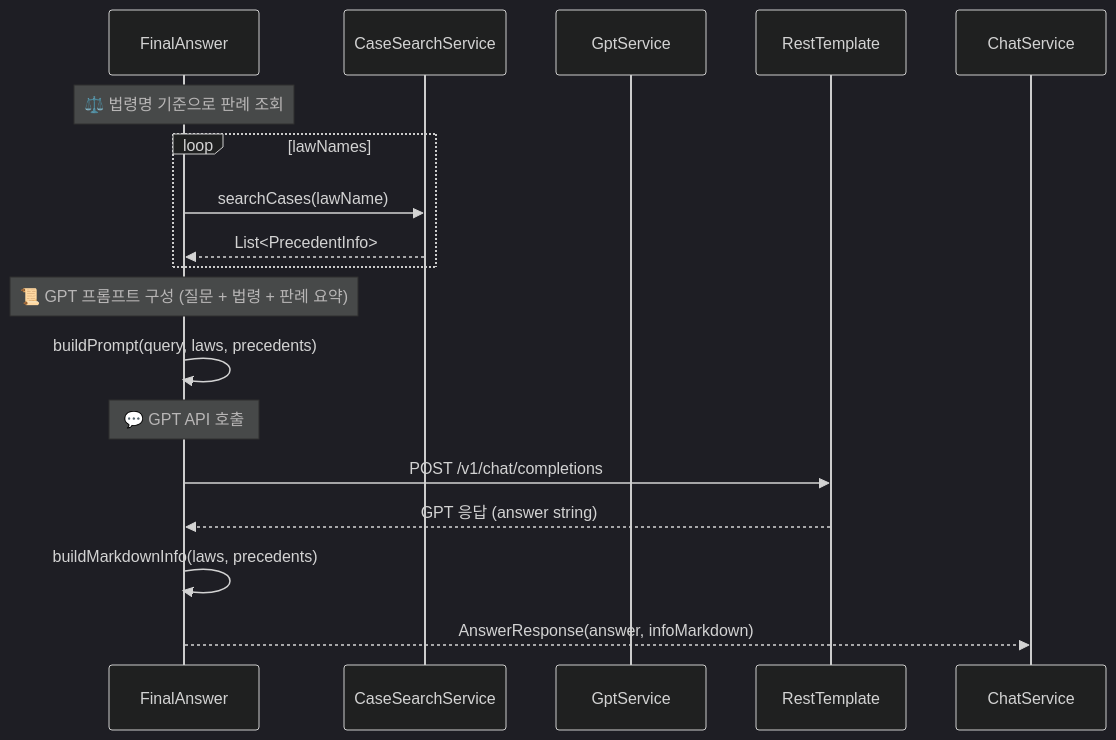
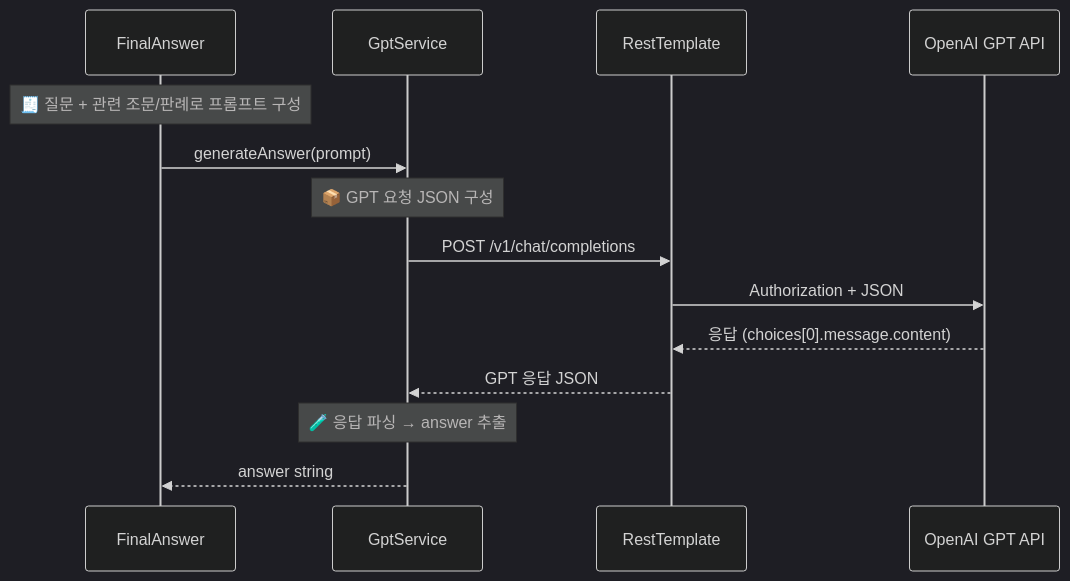
One commit to ranpia/MoleLaw_backend changed diagram 15 of 17 in README.md. Above: the diagram before and after it, drawn with Mermaid (dark theme). The commit also changed other lines of this file and 9 other files, not shown here.

Commit message:
readme: 클래스다이어그램 사진 첨부 - 시퀀스 다이어그램 정리

````diff
--- a/README.md
+++ b/README.md
@@ -511,26 +641,20 @@
 ```mermaid
 sequenceDiagram
   participant FinalAnswer
-  participant CaseSearchService
   participant GptService
   participant RestTemplate
+  participant OpenAI GPT API
 
-  Note over FinalAnswer: ⚖️ 법령명 기준으로 판례 조회
+  Note over FinalAnswer: 🧾 질문 + 관련 조문/판례로 프롬프트 구성
+  FinalAnswer->>GptService: generateAnswer(prompt)
 
-  loop lawNames
-    FinalAnswer->>CaseSearchService: searchCases(lawName)
-    CaseSearchService-->>FinalAnswer: List<PrecedentInfo>
-  end
+  Note over GptService: 📦 GPT 요청 JSON 구성
+  GptService->>RestTemplate: POST /v1/chat/completions
+  RestTemplate->>OpenAI GPT API: Authorization + JSON
 
-  Note over FinalAnswer: 📜 GPT 프롬프트 구성 (질문 + 법령 + 판례 요약)
+  OpenAI GPT API-->>RestTemplate: 응답 (choices[0].message.content)
+  RestTemplate-->>GptService: GPT 응답 JSON
 
-  FinalAnswer->>FinalAnswer: buildPrompt(query, laws, precedents)
-
-  Note over FinalAnswer: 💬 GPT API 호출
-
-  FinalAnswer->>RestTemplate: POST /v1/chat/completions
-  RestTemplate-->>FinalAnswer: GPT 응답 (answer string)
-
-  FinalAnswer->>FinalAnswer: buildMarkdownInfo(laws, precedents)
-  FinalAnswer-->>ChatService: AnswerResponse(answer, infoMarkdown)
+  Note over GptService: 🧪 응답 파싱 → answer 추출
+  GptService-->>FinalAnswer: answer string
 ```
````
